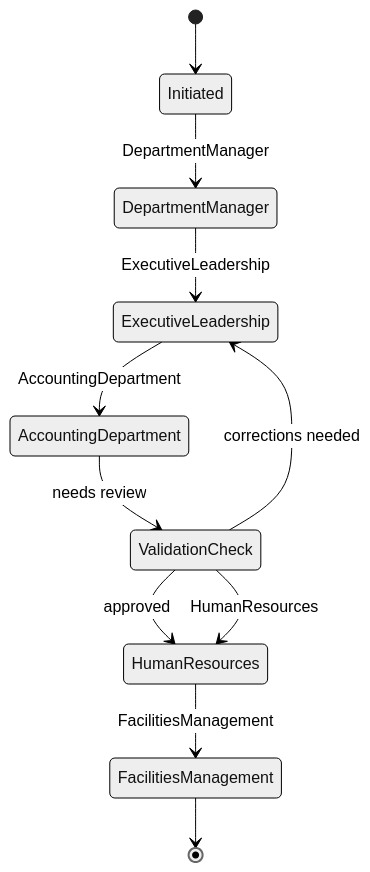
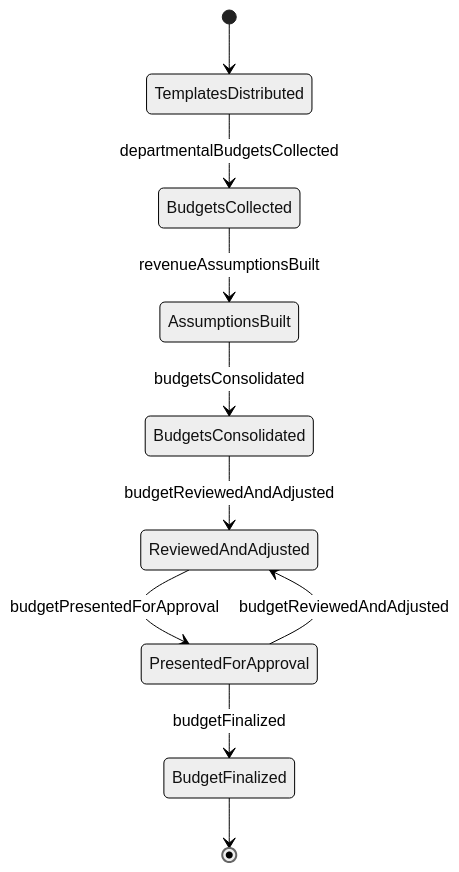
Before and after one commit to dot-org-ai/tasks.org.ai: the second of 4 diagrams in GuidingDirectingAndMotivatingSubordinates/ManageBudgetsOrFinances/PrepareOperationalBudgets.mdx, drawn with Mermaid (neutral theme). The commit also changed other lines of this file and 515 other files, not shown here.

````diff
--- a/GuidingDirectingAndMotivatingSubordinates/ManageBudgetsOrFinances/PrepareOperationalBudgets.mdx
+++ b/GuidingDirectingAndMotivatingSubordinates/ManageBudgetsOrFinances/PrepareOperationalBudgets.mdx
@@ -98,13 +100,12 @@
 ```mermaid
 stateDiagram-v2
-    [*] --> Initiated
-    Initiated --> DepartmentManager: DepartmentManager
-    DepartmentManager --> ExecutiveLeadership: ExecutiveLeadership
-    ExecutiveLeadership --> AccountingDepartment: AccountingDepartment
-    AccountingDepartment --> ValidationCheck: needs review
-    ValidationCheck --> ExecutiveLeadership: corrections needed
-    ValidationCheck --> HumanResources: approved
-    ValidationCheck --> HumanResources: HumanResources
-    HumanResources --> FacilitiesManagement: FacilitiesManagement
-    FacilitiesManagement --> [*]
+    [*] --> TemplatesDistributed
+    TemplatesDistributed --> BudgetsCollected : departmentalBudgetsCollected
+    BudgetsCollected --> AssumptionsBuilt : revenueAssumptionsBuilt
+    AssumptionsBuilt --> BudgetsConsolidated : budgetsConsolidated
+    BudgetsConsolidated --> ReviewedAndAdjusted : budgetReviewedAndAdjusted
+    ReviewedAndAdjusted --> PresentedForApproval : budgetPresentedForApproval
+    PresentedForApproval --> ReviewedAndAdjusted : budgetReviewedAndAdjusted
+    PresentedForApproval --> BudgetFinalized : budgetFinalized
+    BudgetFinalized --> [*]
 ```
````
